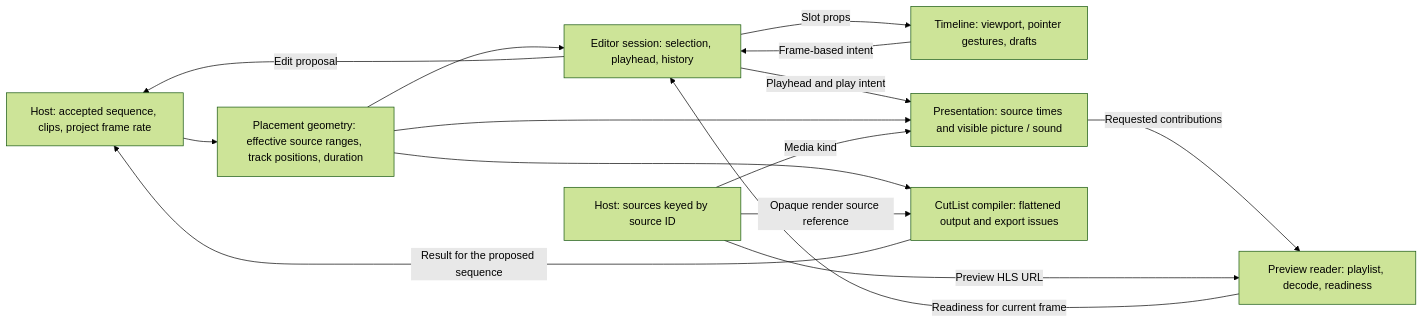
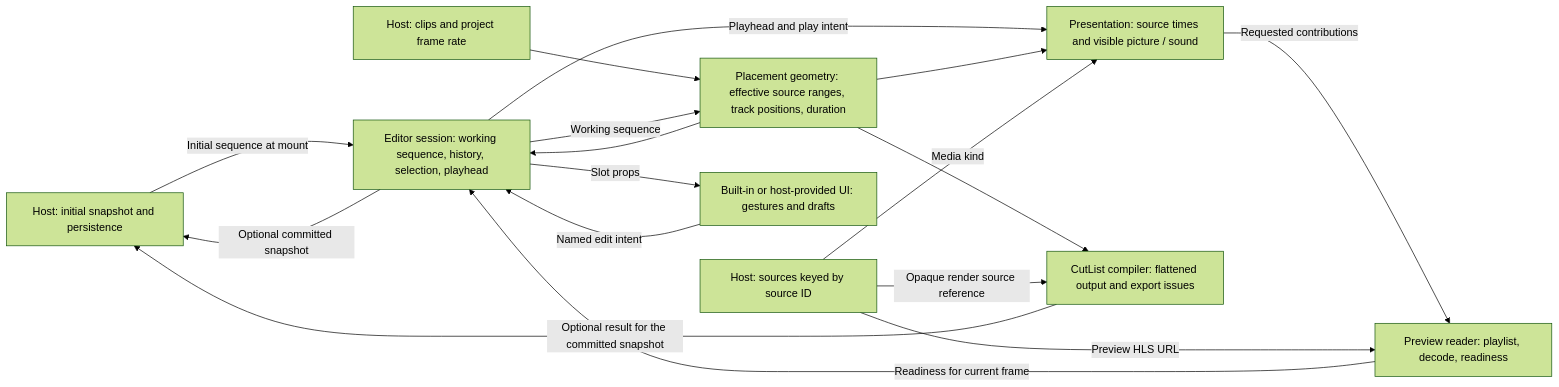
Before and after one commit to saebyn/glowing-telegram-video-editor: the first of 3 diagrams in docs/sequence-editor-data-flow.md, drawn with Mermaid (forest theme). The commit also changed other lines of this file and 13 other files, not shown here.

Commit message:
docs(sequence): plan editor-owned sessions

````diff
--- a/docs/sequence-editor-data-flow.md
+++ b/docs/sequence-editor-data-flow.md
@@ -10,26 +11,29 @@
 ```mermaid
 flowchart LR
-    Host["Host: accepted sequence, clips, project frame rate"]
+    Host["Host: initial snapshot and persistence"]
+    Clips["Host: clips and project frame rate"]
     Sources["Host: sources keyed by source ID"]
     Geometry["Placement geometry: effective source ranges, track positions, duration"]
-    Session["Editor session: selection, playhead, history"]
-    Timeline["Timeline: viewport, pointer gestures, drafts"]
+    Session["Editor session: working sequence, history, selection, playhead"]
+    UI["Built-in or host-provided UI: gestures and drafts"]
     Presentation["Presentation: source times and visible picture / sound"]
     Decoder["Preview reader: playlist, decode, readiness"]
     Compiler["CutList compiler: flattened output and export issues"]
 
-    Host --> Geometry
+    Host -->|Initial sequence at mount| Session
+    Clips --> Geometry
+    Session -->|Working sequence| Geometry
     Geometry --> Session
-    Session -->|Slot props| Timeline
-    Timeline -->|Frame-based intent| Session
-    Session -->|Edit proposal| Host
+    Session -->|Slot props| UI
+    UI -->|Named edit intent| Session
+    Session -->|Optional committed snapshot| Host
     Session -->|Playhead and play intent| Presentation
     Geometry --> Presentation
     Sources -->|Media kind| Presentation
     Presentation -->|Requested contributions| Decoder
     Sources -->|Preview HLS URL| Decoder
     Decoder -->|Readiness for current frame| Session
     Geometry --> Compiler
     Sources -->|Opaque render source reference| Compiler
-    Compiler -->|Result for the proposed sequence| Host
+    Compiler -->|Optional result for the committed snapshot| Host
 ```
````
